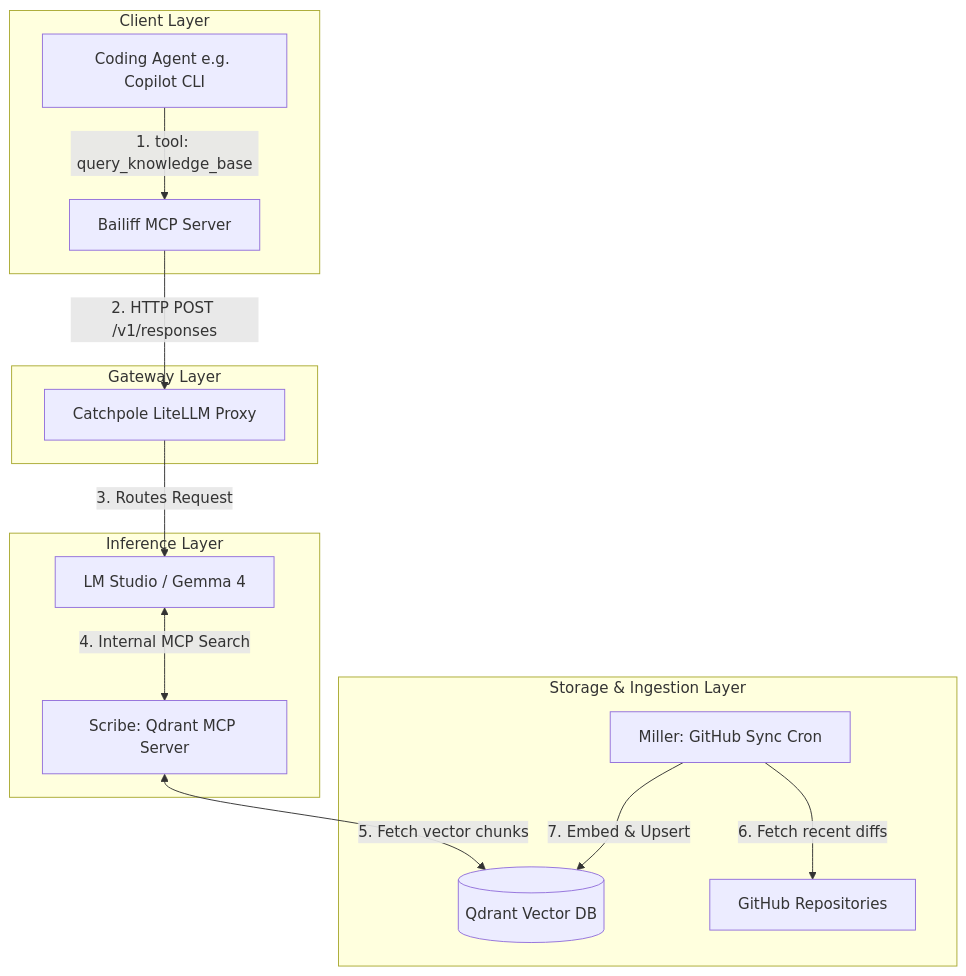
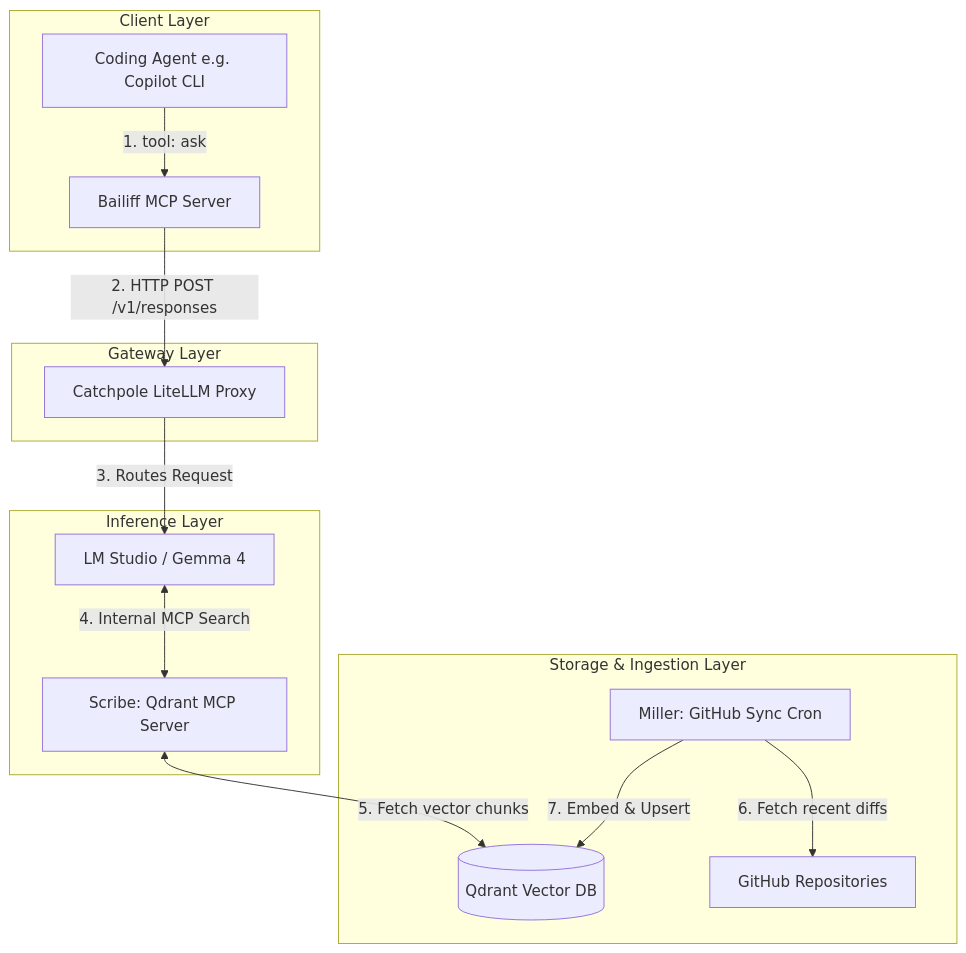
One commit to quintindk/chamberlain changed the diagram in specification.md. Above: the diagram before and after it, drawn with Mermaid. The commit also changed other lines of this file and 1 other file, not shown here.

First line of the commit message:
Rename Bailiff tool to ask; bump bailiff submodule

````diff
--- a/specification.md
+++ b/specification.md
@@ -20,30 +20,30 @@
 ```mermaid
 graph TD
     subgraph Client Layer
         Agent[Coding Agent e.g. Copilot CLI]
         Bailiff[Bailiff MCP Server]
     end
 
     subgraph Gateway Layer
         Catchpole[Catchpole LiteLLM Proxy]
     end
 
     subgraph Inference Layer
         LMS[LM Studio / Gemma 4]
         Scribe[Scribe: Qdrant MCP Server]
     end
 
     subgraph Storage & Ingestion Layer
         DB[(Qdrant Vector DB)]
         Miller[Miller: GitHub Sync Cron]
         GH[GitHub Repositories]
     end
 
-    Agent -->|1. tool: query_knowledge_base| Bailiff
+    Agent -->|1. tool: ask| Bailiff
     Bailiff -->|2. HTTP POST /v1/responses| Catchpole
     Catchpole -->|3. Routes Request| LMS
     LMS <-->|4. Internal MCP Search| Scribe
     Scribe <-->|5. Fetch vector chunks| DB
     Miller -->|6. Fetch recent diffs| GH
     Miller -->|7. Embed & Upsert| DB
 ```
````
